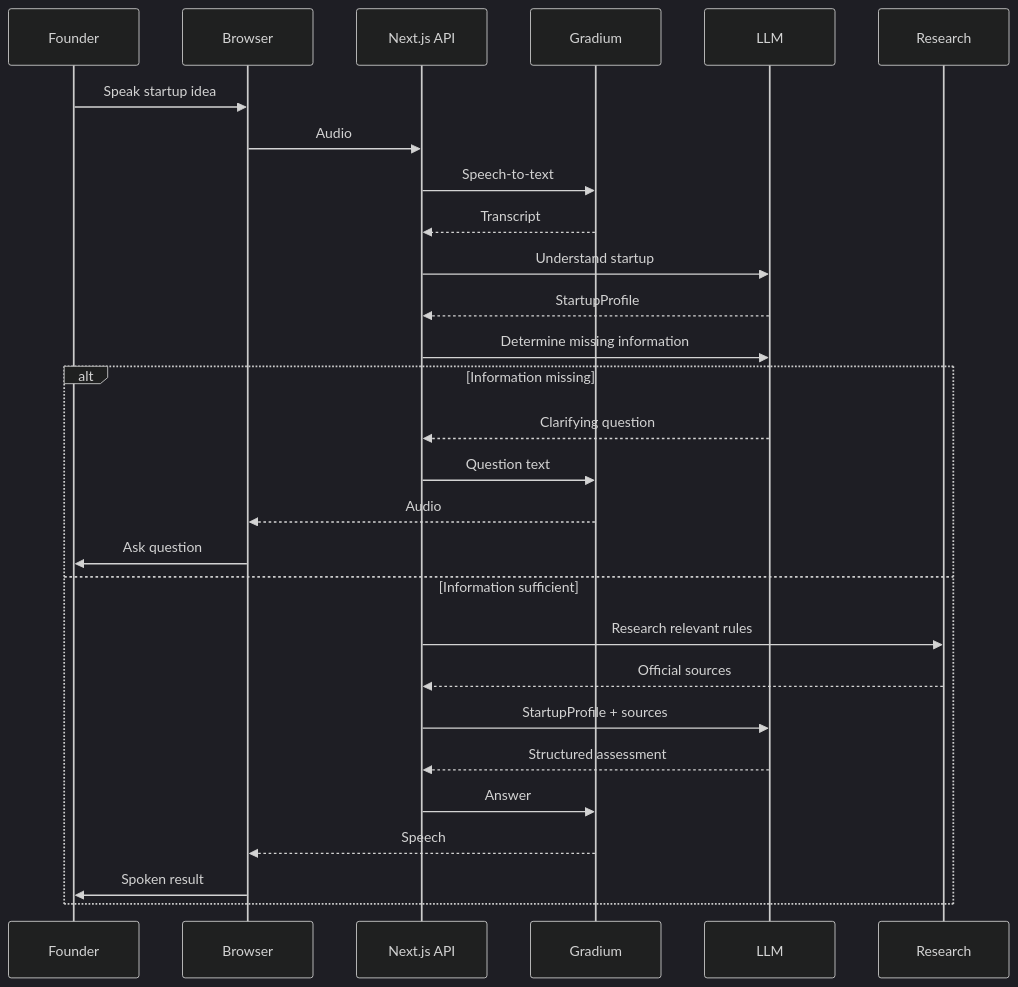
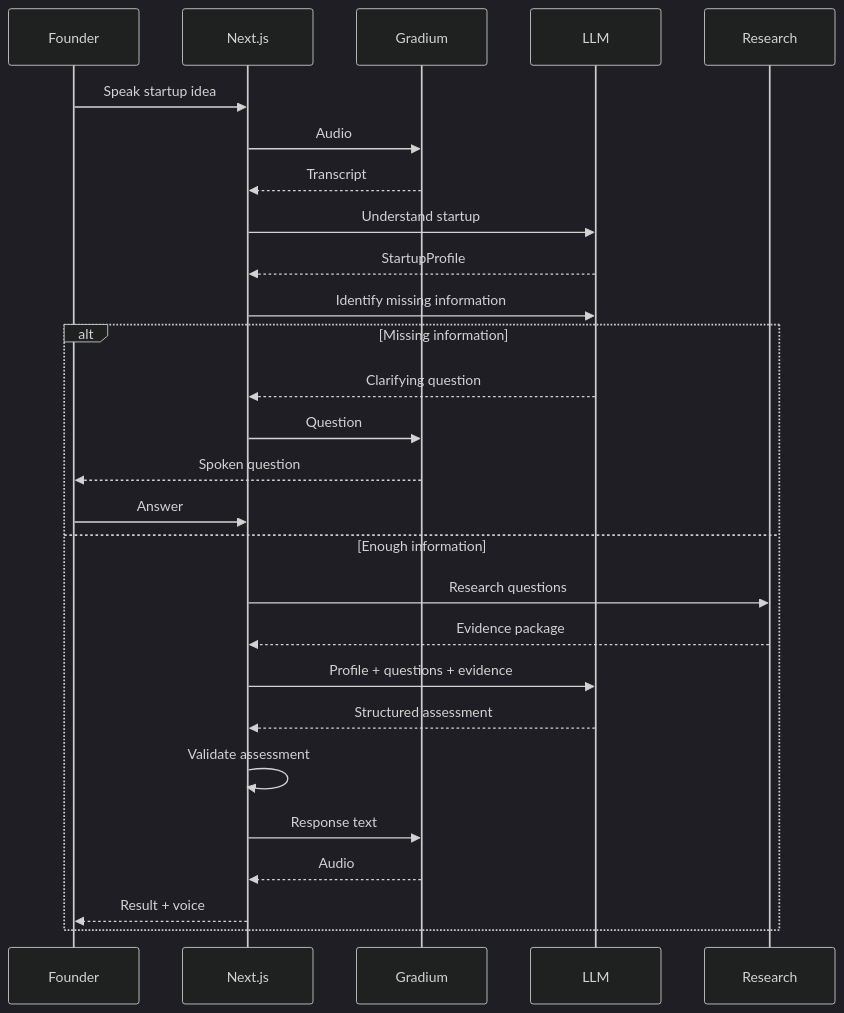
The sixth of 6 diagrams in README.md (vishalsingh2972/CanIShipEU), drawn with Mermaid (dark theme) before and after one commit. The commit also changed other lines of this file, not shown here.

````diff
--- a/README.md
+++ b/README.md
@@ -796,36 +1846,37 @@
 ```mermaid
 sequenceDiagram
-    participant U as Founder
-    participant UI as Browser
-    participant API as Next.js API
+
+    participant F as Founder
+    participant UI as Next.js
     participant G as Gradium
     participant L as LLM
     participant R as Research
 
-    U->>UI: Speak startup idea
-    UI->>API: Audio
-    API->>G: Speech-to-text
-    G-->>API: Transcript
+    F->>UI: Speak startup idea
+    UI->>G: Audio
+    G-->>UI: Transcript
 
-    API->>L: Understand startup
-    L-->>API: StartupProfile
+    UI->>L: Understand startup
+    L-->>UI: StartupProfile
 
-    API->>L: Determine missing information
+    UI->>L: Identify missing information
 
-    alt Information missing
-        L-->>API: Clarifying question
-        API->>G: Question text
+    alt Missing information
+        L-->>UI: Clarifying question
+        UI->>G: Question
+        G-->>F: Spoken question
+        F->>UI: Answer
+    else Enough information
+        UI->>R: Research questions
+        R-->>UI: Evidence package
+
+        UI->>L: Profile + questions + evidence
+        L-->>UI: Structured assessment
+
+        UI->>UI: Validate assessment
+
+        UI->>G: Response text
         G-->>UI: Audio
-        UI->>U: Ask question
-    else Information sufficient
-        API->>R: Research relevant rules
-        R-->>API: Official sources
-
-        API->>L: StartupProfile + sources
-        L-->>API: Structured assessment
-
-        API->>G: Answer
-        G-->>UI: Speech
-        UI->>U: Spoken result
+        UI-->>F: Result + voice
     end
 ```
````
